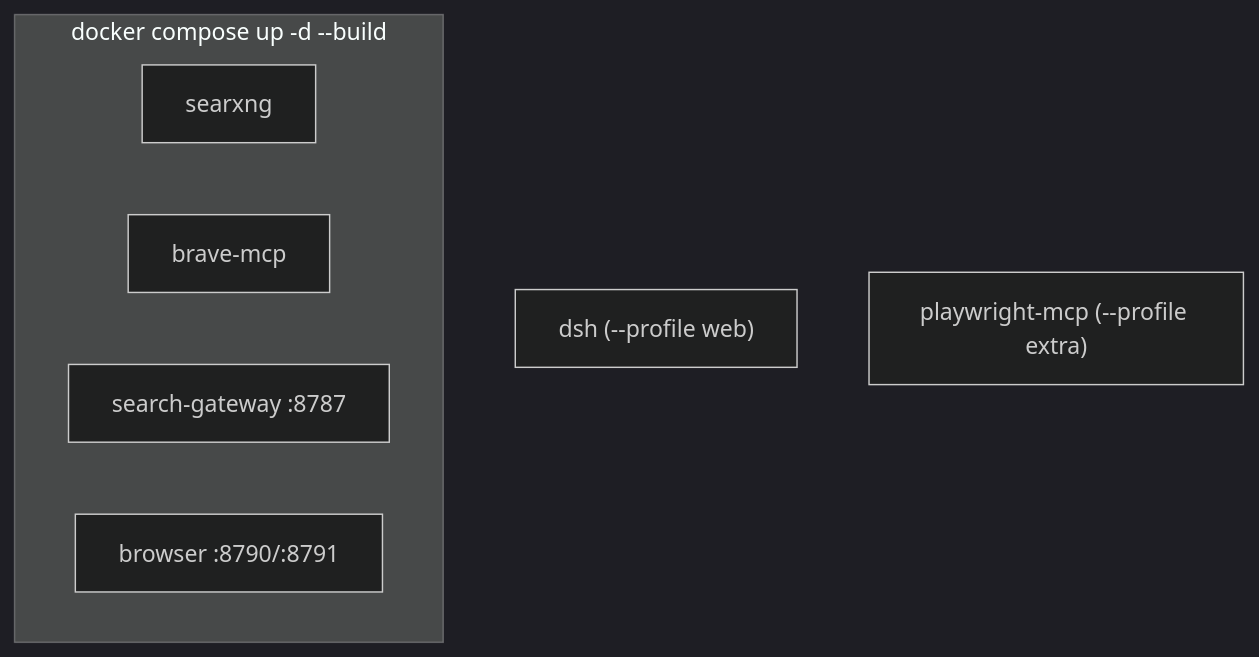
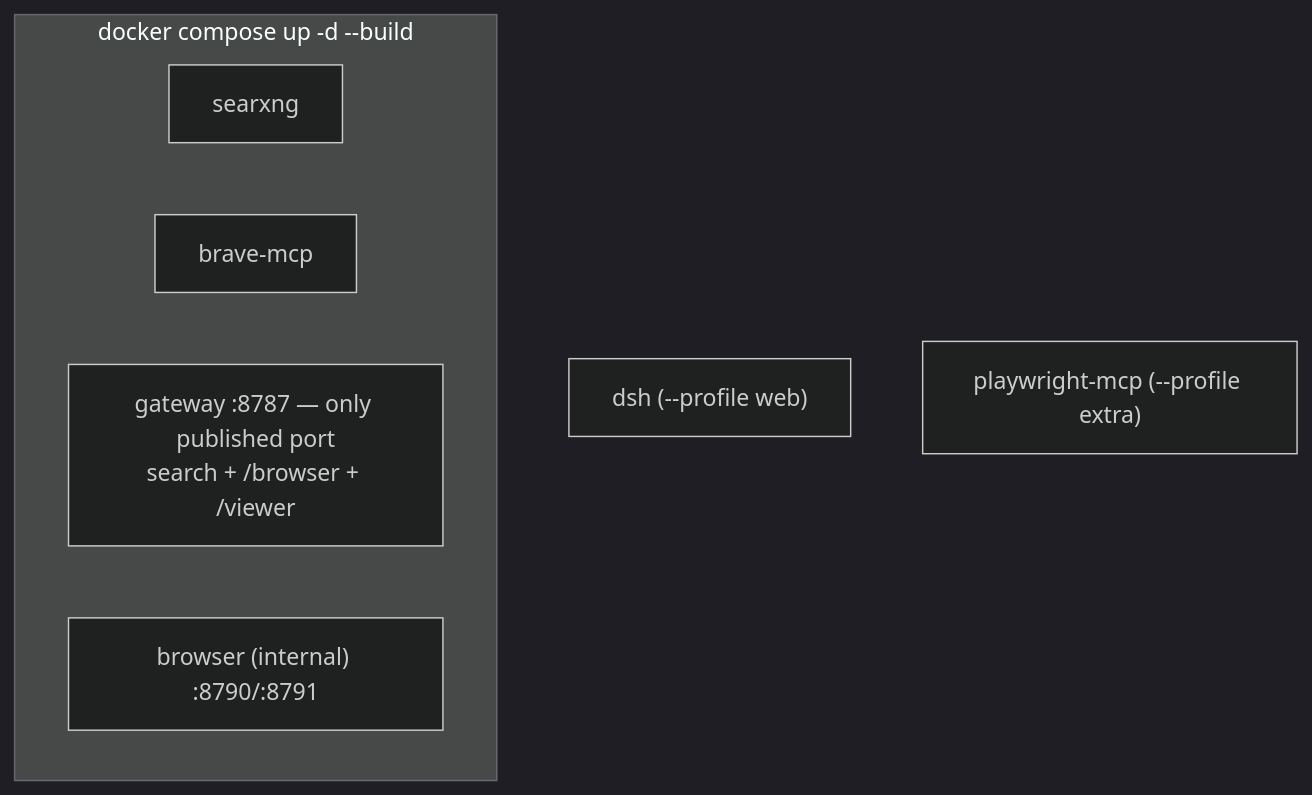
Before and after one commit to codeadeel/dsh-browser: the fifth of 5 diagrams in README.md, drawn with Mermaid (dark theme). The commit also changed other lines of this file and 12 other files, not shown here.

````diff
--- a/README.md
+++ b/README.md
@@ -141,11 +170,11 @@
 ```mermaid
 flowchart TB
   subgraph base["docker compose up -d --build"]
     S["searxng"]
     B["brave-mcp"]
-    G["search-gateway :8787"]
-    BR["browser :8790/:8791"]
+    G["gateway :8787 — only published port<br/>search + /browser + /viewer"]
+    BR["browser (internal) :8790/:8791"]
   end
   D["dsh (--profile web)"]
   P["playwright-mcp (--profile extra)"]
 ```
````
